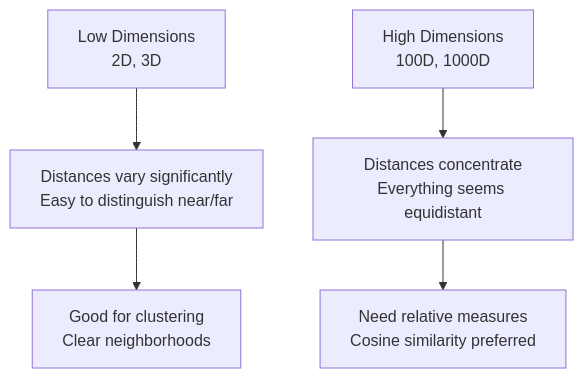
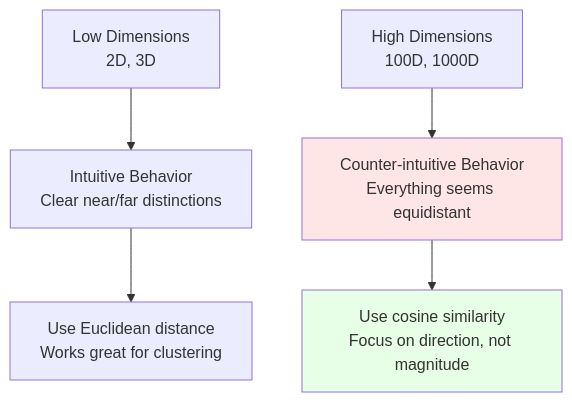
Before and after one commit to amankumarcode/ai-agent-notes: the fourth of 6 diagrams in docs/00_foundations/linear_algebra.md, drawn with Mermaid. The commit also changed other lines of this file, not shown here.

````diff
--- a/docs/00_foundations/linear_algebra.md
+++ b/docs/00_foundations/linear_algebra.md
@@ -186,8 +310,11 @@
 ```mermaid
 graph TD
-    A[Low Dimensions<br/>2D, 3D] --> B[Distances vary significantly<br/>Easy to distinguish near/far]
-    C[High Dimensions<br/>100D, 1000D] --> D[Distances concentrate<br/>Everything seems equidistant]
+    A[Low Dimensions<br/>2D, 3D] --> B[Intuitive Behavior<br/>Clear near/far distinctions]
+    C[High Dimensions<br/>100D, 1000D] --> D[Counter-intuitive Behavior<br/>Everything seems equidistant]
     
-    B --> E[Good for clustering<br/>Clear neighborhoods]
-    D --> F[Need relative measures<br/>Cosine similarity preferred]
+    B --> E[Use Euclidean distance<br/>Works great for clustering]
+    D --> F[Use cosine similarity<br/>Focus on direction, not magnitude]
+    
+    style D fill:#ffe6e6
+    style F fill:#e6ffe6
 ```
````
